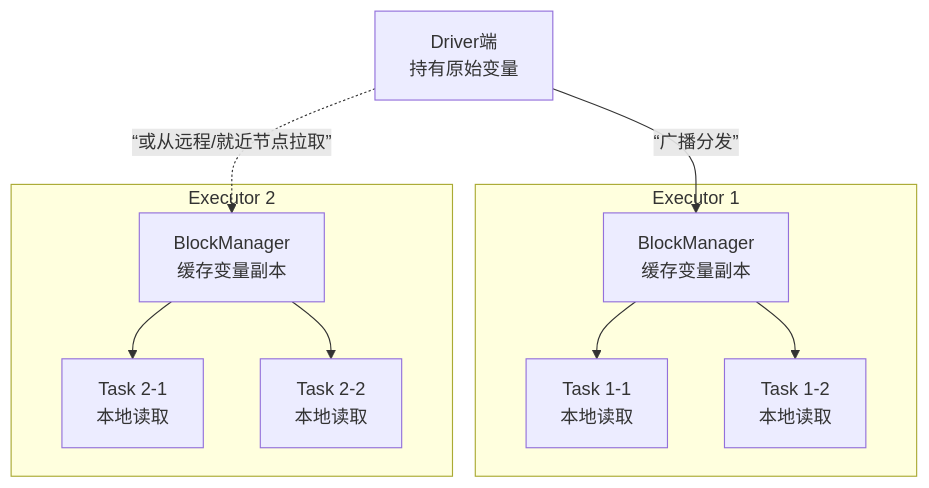
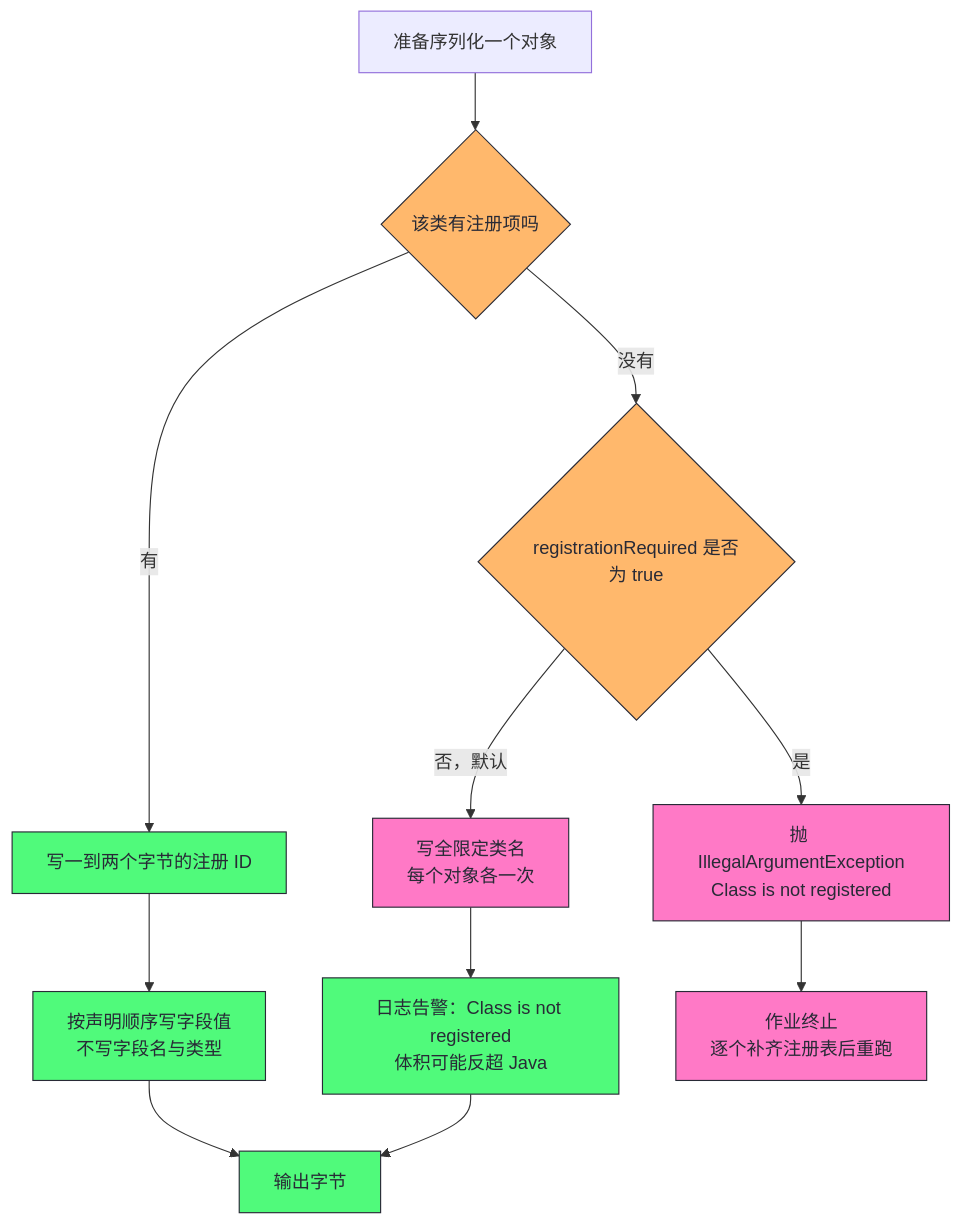
The third of 6 diagrams in content/大数据/Spark/读书笔记-spark内核/06_性能调优实战/1. Spark核心性能调优实战.md (hpliStartAgain/my-brain), drawn with Mermaid before and after one commit. The commit also changed other lines of this file and 259 other files, not shown here.

````diff
--- a/content/大数据/Spark/读书笔记-spark内核/06_性能调优实战/1. Spark核心性能调优实战.md
+++ b/content/大数据/Spark/读书笔记-spark内核/06_性能调优实战/1. Spark核心性能调优实战.md
@@ -20,15 +270,20 @@
 ```mermaid
+%%{init: {'theme': 'dracula'}}%%
 flowchart TD
-    A["Driver端<br>持有原始变量"] -->|“广播分发”| B
-    subgraph "Executor 1"
-        B["BlockManager<br>缓存变量副本"]
-        B --> C["Task 1-1<br>本地读取"]
-        B --> D["Task 1-2<br>本地读取"]
-    end
-    subgraph "Executor 2"
-        E["BlockManager<br>缓存变量副本"]
-        E --> F["Task 2-1<br>本地读取"]
-        E --> G["Task 2-2<br>本地读取"]
-    end
-    A -.->|“或从远程/就近节点拉取”| E
+    A["准备序列化一个对象"] --> B{"该类有注册项吗"}
+    B -- "有" --> C["写一到两个字节的注册 ID"]
+    C --> D["按声明顺序写字段值<br/>不写字段名与类型"]
+    D --> Z["输出字节"]
+    B -- "没有" --> E{"registrationRequired 是否为 true"}
+    E -- "否，默认" --> F["写全限定类名<br/>每个对象各一次"]
+    F --> G["日志告警：Class is not registered<br/>体积可能反超 Java"]
+    G --> Z
+    E -- "是" --> H["抛 IllegalArgumentException<br/>Class is not registered"]
+    H --> I["作业终止<br/>逐个补齐注册表后重跑"]
+    classDef ask fill:#ffb86c,stroke:#282a36,color:#282a36
+    classDef good fill:#50fa7b,stroke:#282a36,color:#282a36
+    classDef bad fill:#ff79c6,stroke:#282a36,color:#282a36
+    class B,E ask
+    class C,D,G,Z good
+    class F,H,I bad
 ```
````
